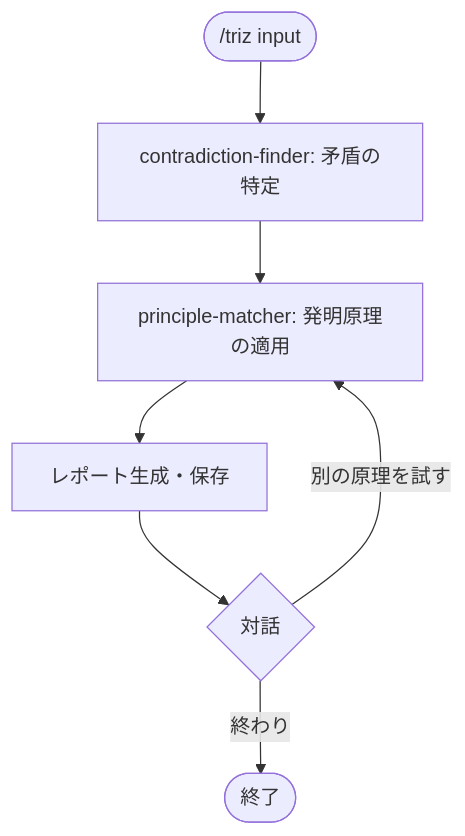
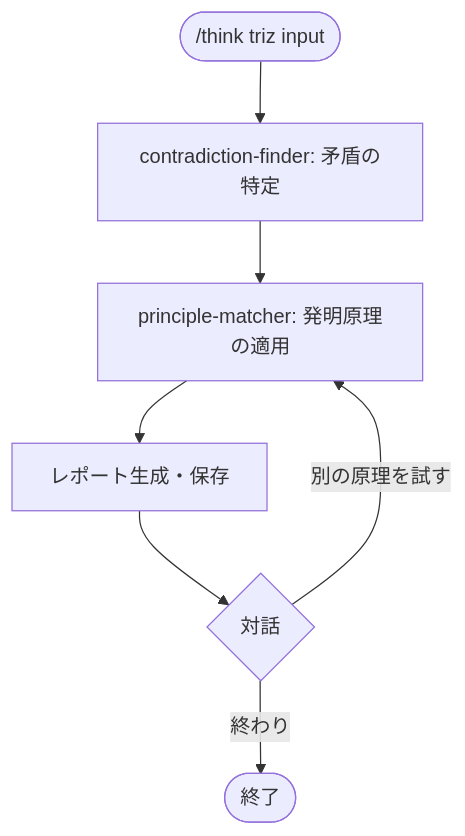
Before and after one commit to agaemo/dotfiles: the diagram in claude/skills/think/triz/README.md, drawn with Mermaid. The commit also changed other lines of this file and 52 other files, not shown here.

````diff
--- a/claude/skills/think/triz/README.md
+++ b/claude/skills/think/triz/README.md
@@ -29,9 +28,9 @@
 ```mermaid
 flowchart TD
-    Start([/triz input]) --> F1[contradiction-finder: 矛盾の特定]
+    Start([/think triz input]) --> F1[contradiction-finder: 矛盾の特定]
     F1 --> F2[principle-matcher: 発明原理の適用]
     F2 --> Report[レポート生成・保存]
     Report --> Dialog{対話}
     Dialog -- 別の原理を試す --> F2
     Dialog -- 終わり --> End([終了])
 ```
````
